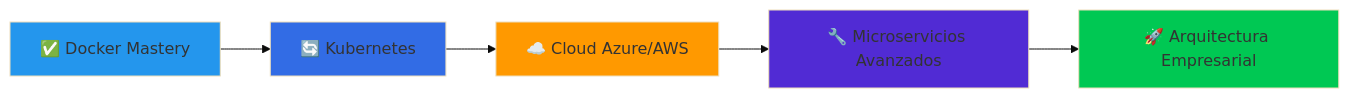
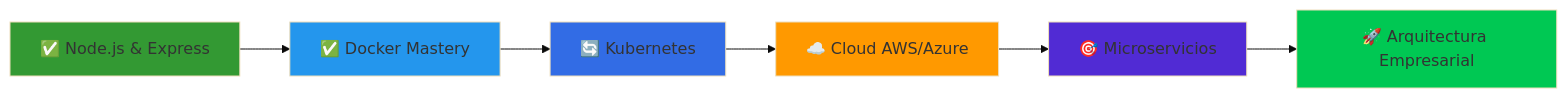
Before and after one commit to Doker367/Doker367: the second of 2 diagrams in README.md, drawn with Mermaid (base theme). The commit also changed other lines of this file, not shown here.

````diff
--- a/README.md
+++ b/README.md
@@ -295,13 +498,15 @@
 ```mermaid
 graph LR
-    A[✅ Docker Mastery] --> B[🔄 Kubernetes]
-    B --> C[☁️ Cloud Azure/AWS]
-    C --> D[🔧 Microservicios Avanzados]
-    D --> E[🚀 Arquitectura Empresarial]
+    A[✅ Node.js & Express] --> B[✅ Docker Mastery]
+    B --> C[🔄 Kubernetes]
+    C --> D[☁️ Cloud AWS/Azure]
+    D --> E[🎯 Microservicios]
+    E --> F[🚀 Arquitectura Empresarial]
     
-    style A fill:#2496ED
-    style B fill:#326CE5
-    style C fill:#FF9900
-    style D fill:#512BD4
-    style E fill:#00C853
+    style A fill:#339933
+    style B fill:#2496ED
+    style C fill:#326CE5
+    style D fill:#FF9900
+    style E fill:#512BD4
+    style F fill:#00C853
 ```
````
